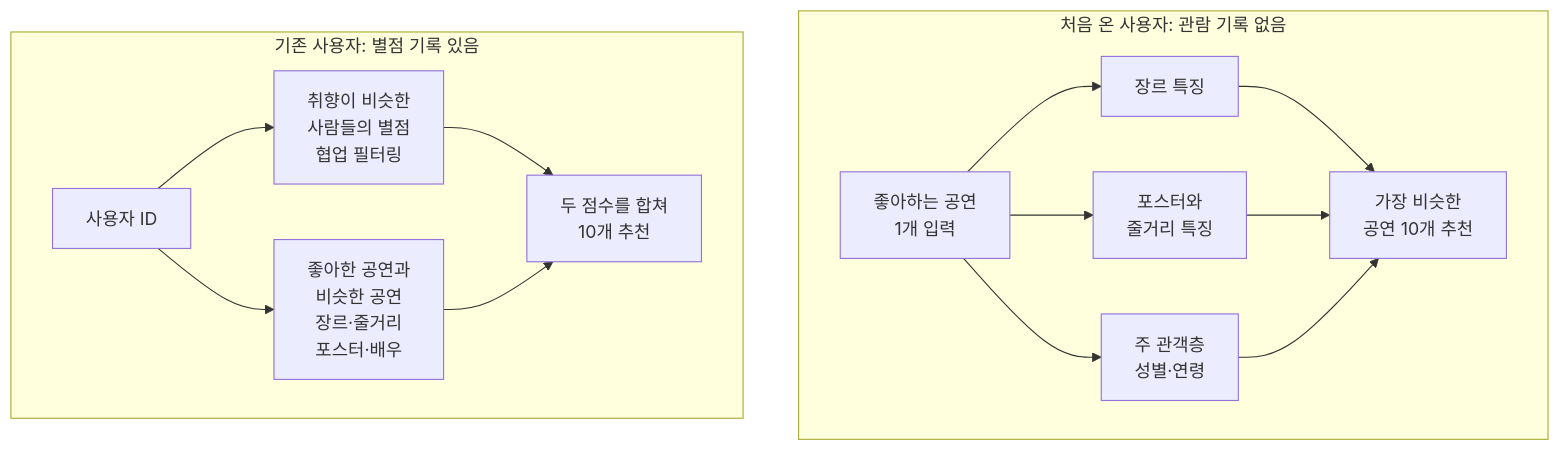
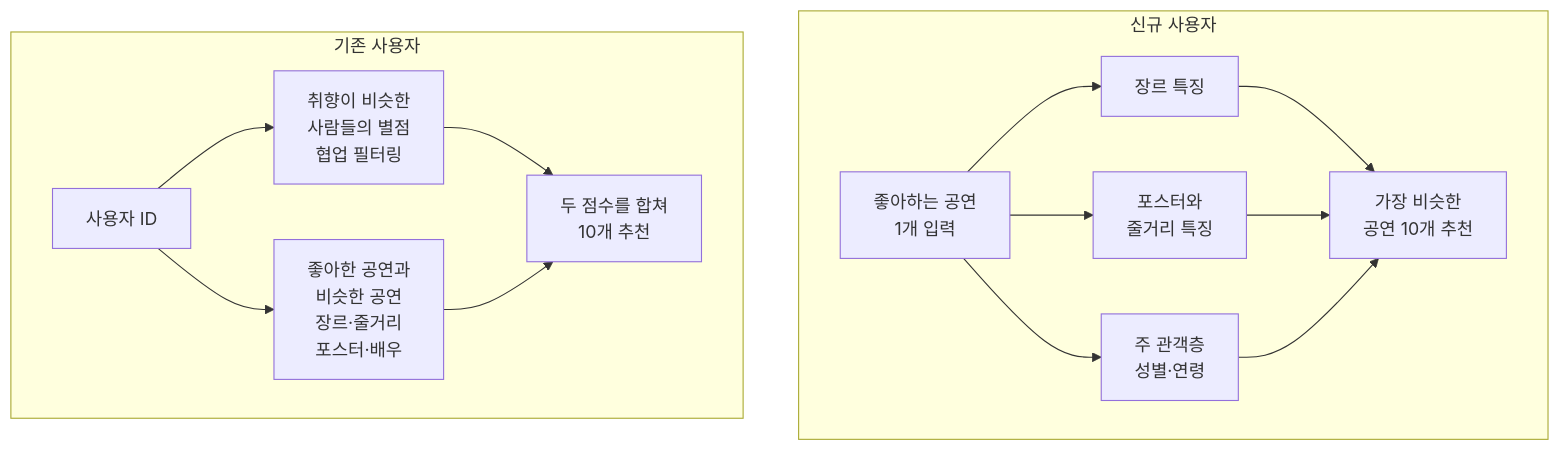
One commit to mjk022/portfolio changed the diagram in 추천시스템/README.md. Above: the diagram before and after it, drawn with Mermaid. The commit also changed other lines of this file and 1 other file, not shown here.

Commit message:
다이어그램: MIDI 라벨 줄바꿈 위치 조정, 추천시스템 큰 상자 제목 짧게

````diff
--- a/추천시스템/README.md
+++ b/추천시스템/README.md
@@ -58,14 +59,14 @@
 ```mermaid
 flowchart TB
-    subgraph 신규고객[처음 온 사용자: 관람 기록 없음]
+    subgraph 신규고객[신규 사용자]
         A1[좋아하는 공연<br/>1개 입력] --> A2[장르 특징]
         A1 --> A3[포스터와<br/>줄거리 특징]
         A1 --> A4[주 관객층<br/>성별·연령]
         A2 & A3 & A4 --> A5[가장 비슷한<br/>공연 10개 추천]
     end
-    subgraph 기존고객[기존 사용자: 별점 기록 있음]
+    subgraph 기존고객[기존 사용자]
         B1[사용자 ID] --> B2[취향이 비슷한<br/>사람들의 별점<br/>협업 필터링]
         B1 --> B3[좋아한 공연과<br/>비슷한 공연<br/>장르·줄거리<br/>포스터·배우]
         B2 & B3 --> B4[두 점수를 합쳐<br/>10개 추천]
     end
 ```
````
